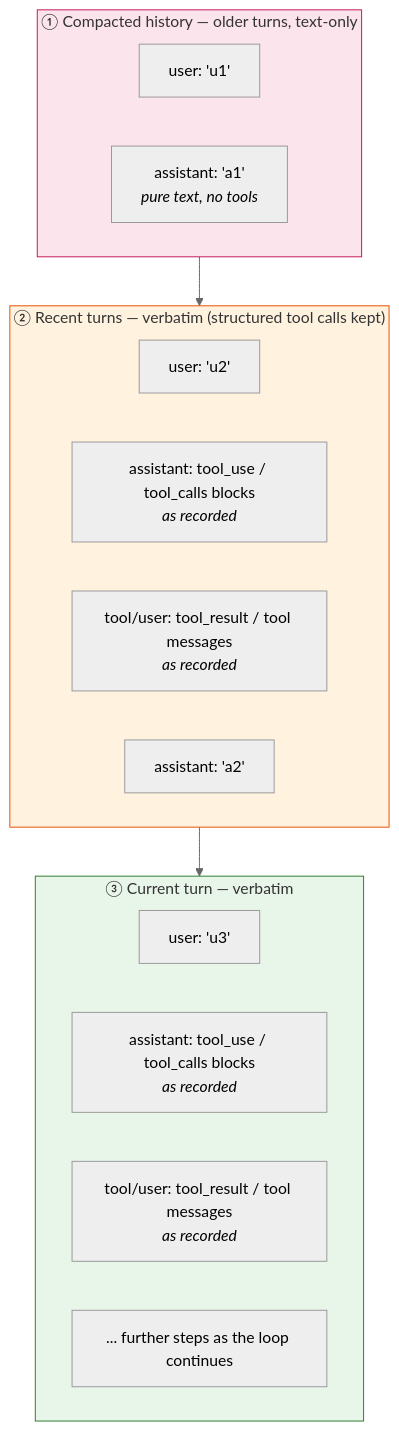
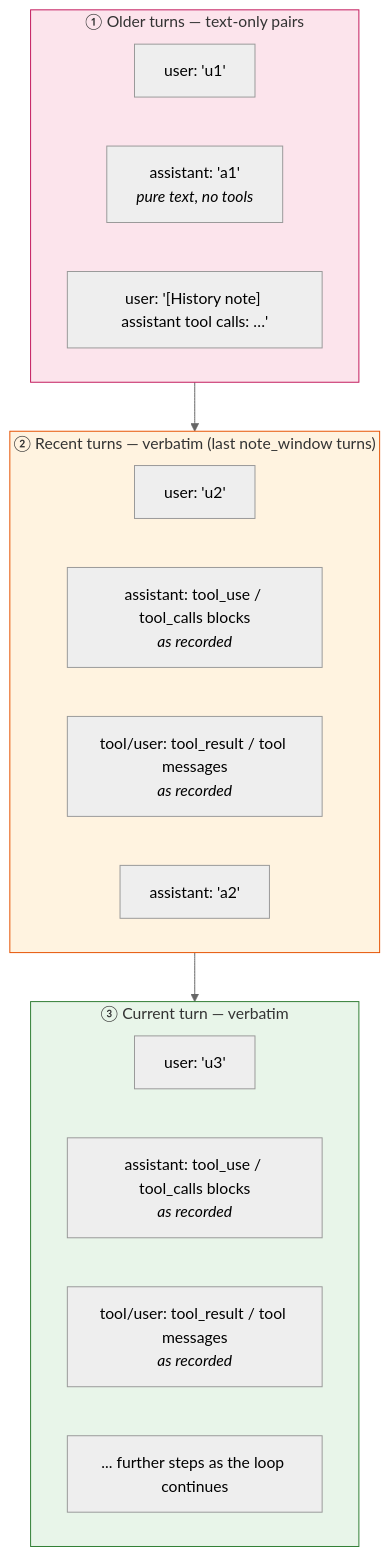
One commit to kingye/jyc changed the second of 2 diagrams in docs/architecture/context.md. Above: the diagram before and after it, drawn with Mermaid (neutral theme). The commit also changed other lines of this file and 19 other files, not shown here.

````diff
--- a/docs/architecture/context.md
+++ b/docs/architecture/context.md
@@ -169,23 +178,24 @@
 ```mermaid
 flowchart TB
-    subgraph R1["① Compacted history — older turns, text-only"]
+    subgraph R1["① Older turns — text-only pairs"]
         R1U["user: 'u1'"]
         R1A["assistant: 'a1'<br/><i>pure text, no tools</i>"]
+        R1N["user: '[History note] assistant tool calls: …'"]
     end
-    subgraph R2["② Recent turns — verbatim (structured tool calls kept)"]
+    subgraph R2["② Recent turns — verbatim (last note_window turns)"]
         R2U["user: 'u2'"]
         R2ATU["assistant: tool_use / tool_calls blocks<br/><i>as recorded</i>"]
         R2TR["tool/user: tool_result / tool messages<br/><i>as recorded</i>"]
         R2A["assistant: 'a2'"]
     end
     subgraph R3["③ Current turn — verbatim"]
         R3U["user: 'u3'"]
         R3ATU["assistant: tool_use / tool_calls blocks<br/><i>as recorded</i>"]
         R3TR["tool/user: tool_result / tool messages<br/><i>as recorded</i>"]
         R3MORE["... further steps as the loop continues"]
     end
     R1 --> R2 --> R3
     style R1 fill:#fce4ec,stroke:#c2185b
     style R2 fill:#fff3e0,stroke:#e65100
     style R3 fill:#e8f5e9,stroke:#2e7d32
 ```
````
